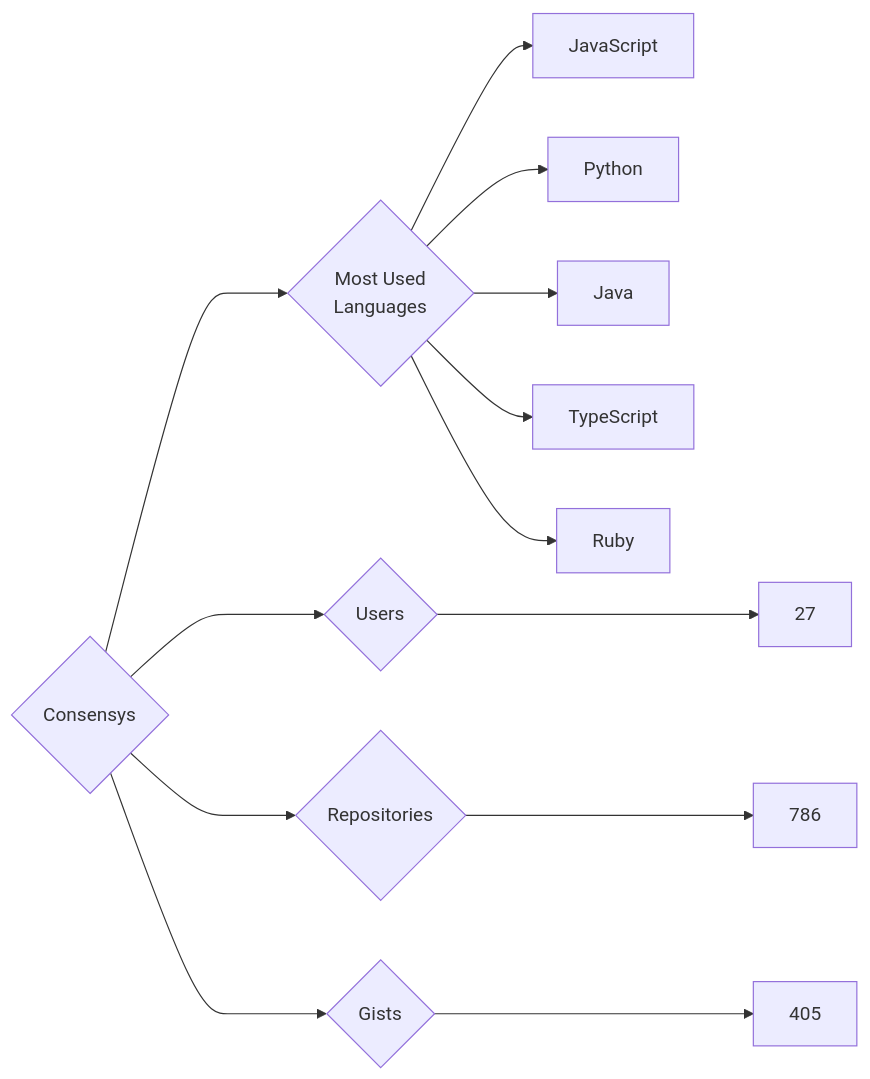
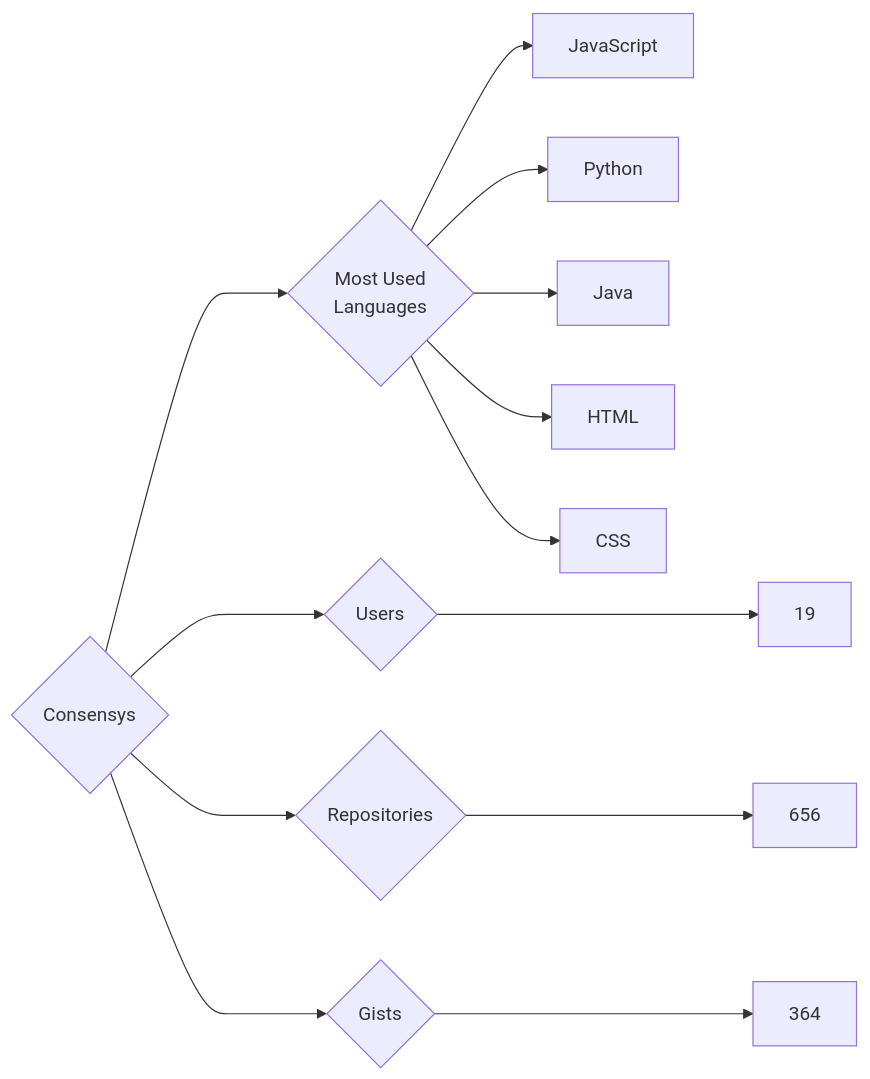
The diagram in targets/Consensys/README.md (trickest/insiders), drawn with Mermaid before and after one commit. The commit also changed 786 other files, not shown here.

````diff
--- a/targets/Consensys/README.md
+++ b/targets/Consensys/README.md
@@ -3,13 +3,13 @@
 ```mermaid
 graph LR
 COMPANY_NAME{Consensys}
-COMPANY_NAME ---> U{Users} ---> UN[27]
-COMPANY_NAME ---> R{Repositories} ---> RN[786]
-COMPANY_NAME ---> G{Gists} ---> GN[405]
+COMPANY_NAME ---> U{Users} ---> UN[19]
+COMPANY_NAME ---> R{Repositories} ---> RN[656]
+COMPANY_NAME ---> G{Gists} ---> GN[364]
 COMPANY_NAME ---> ML{Most Used<br>Languages}
 ML --> JavaScript[JavaScript]
 ML --> Python[Python]
 ML --> Java[Java]
-ML --> TypeScript[TypeScript]
-ML --> Ruby[Ruby]
+ML --> HTML[HTML]
+ML --> CSS[CSS]
 ```
````
